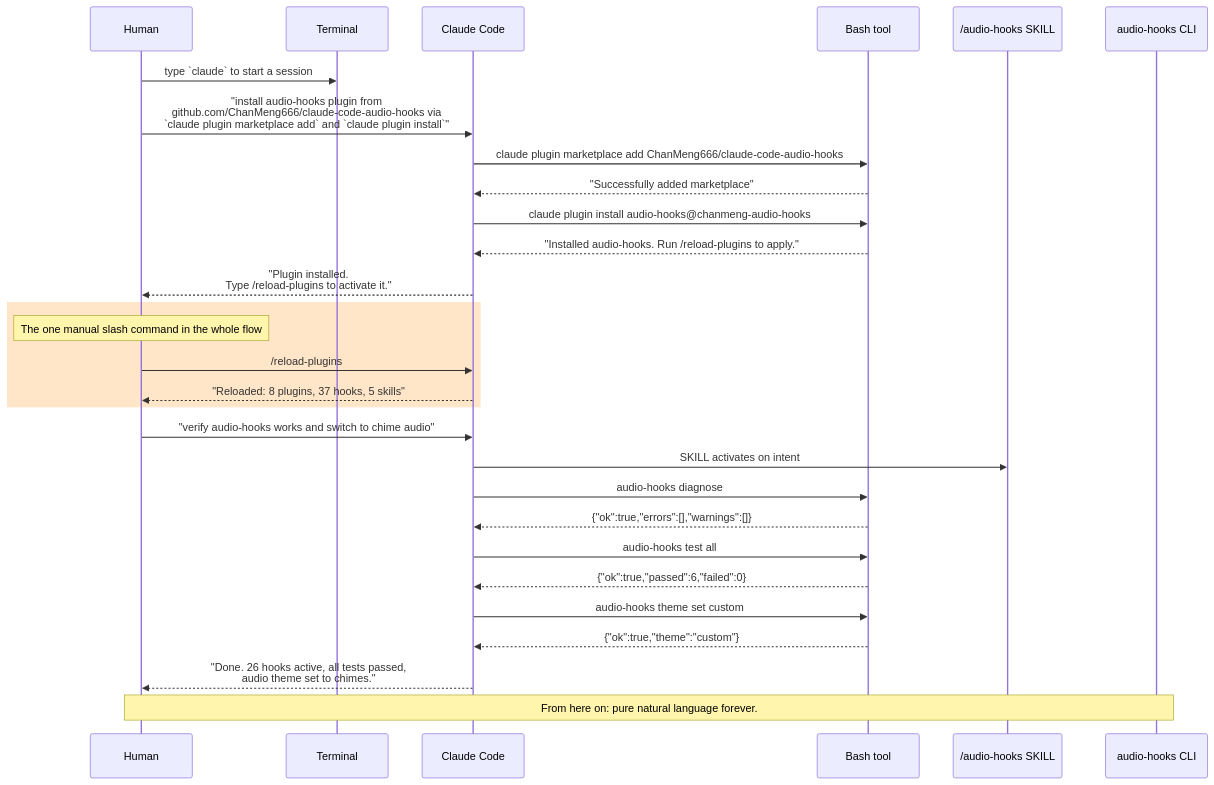
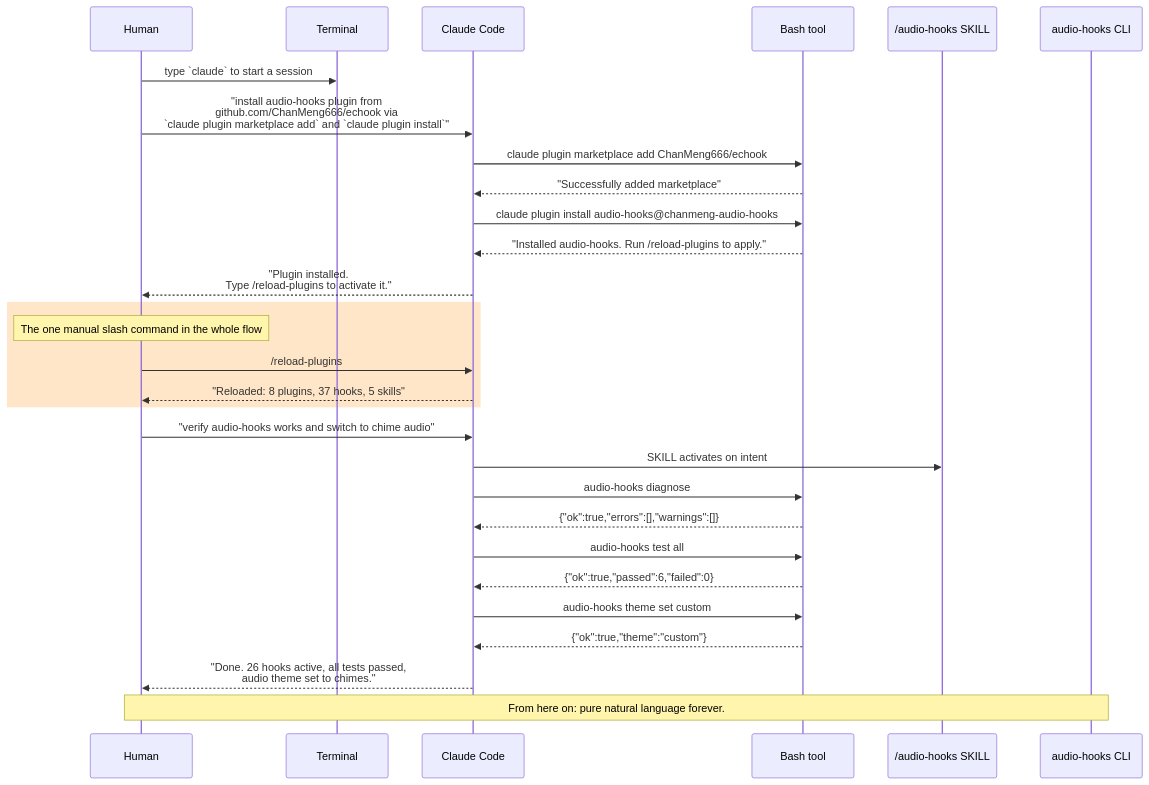
One commit to ChanMeng666/echook changed the first of 7 diagrams in README.md. Above: the diagram before and after it, drawn with Mermaid. The commit also changed other lines of this file and 40 other files, not shown here.

````diff
--- a/README.md
+++ b/README.md
@@ -162,35 +164,35 @@
 ```mermaid
 sequenceDiagram
     participant Human
     participant Terminal
     participant Claude as Claude Code
     participant Bash as Bash tool
     participant Skill as /audio-hooks SKILL
     participant CLI as audio-hooks CLI
 
     Human->>Terminal: type `claude` to start a session
-    Human->>Claude: "install audio-hooks plugin from<br/>github.com/ChanMeng666/claude-code-audio-hooks via<br/>`claude plugin marketplace add` and `claude plugin install`"
-    Claude->>Bash: claude plugin marketplace add ChanMeng666/claude-code-audio-hooks
+    Human->>Claude: "install audio-hooks plugin from<br/>github.com/ChanMeng666/echook via<br/>`claude plugin marketplace add` and `claude plugin install`"
+    Claude->>Bash: claude plugin marketplace add ChanMeng666/echook
     Bash-->>Claude: "Successfully added marketplace"
     Claude->>Bash: claude plugin install audio-hooks@chanmeng-audio-hooks
     Bash-->>Claude: "Installed audio-hooks. Run /reload-plugins to apply."
     Claude-->>Human: "Plugin installed.<br/>Type /reload-plugins to activate it."
 
     rect rgb(255, 230, 200)
         Note over Human: The one manual slash command in the whole flow
         Human->>Claude: /reload-plugins
         Claude-->>Human: "Reloaded: 8 plugins, 37 hooks, 5 skills"
     end
 
     Human->>Claude: "verify audio-hooks works and switch to chime audio"
     Claude->>Skill: SKILL activates on intent
     Claude->>Bash: audio-hooks diagnose
     Bash-->>Claude: {"ok":true,"errors":[],"warnings":[]}
     Claude->>Bash: audio-hooks test all
     Bash-->>Claude: {"ok":true,"passed":6,"failed":0}
     Claude->>Bash: audio-hooks theme set custom
     Bash-->>Claude: {"ok":true,"theme":"custom"}
     Claude-->>Human: "Done. 26 hooks active, all tests passed,<br/>audio theme set to chimes."
 
     Note over Human,CLI: From here on: pure natural language forever.
 ```
````
